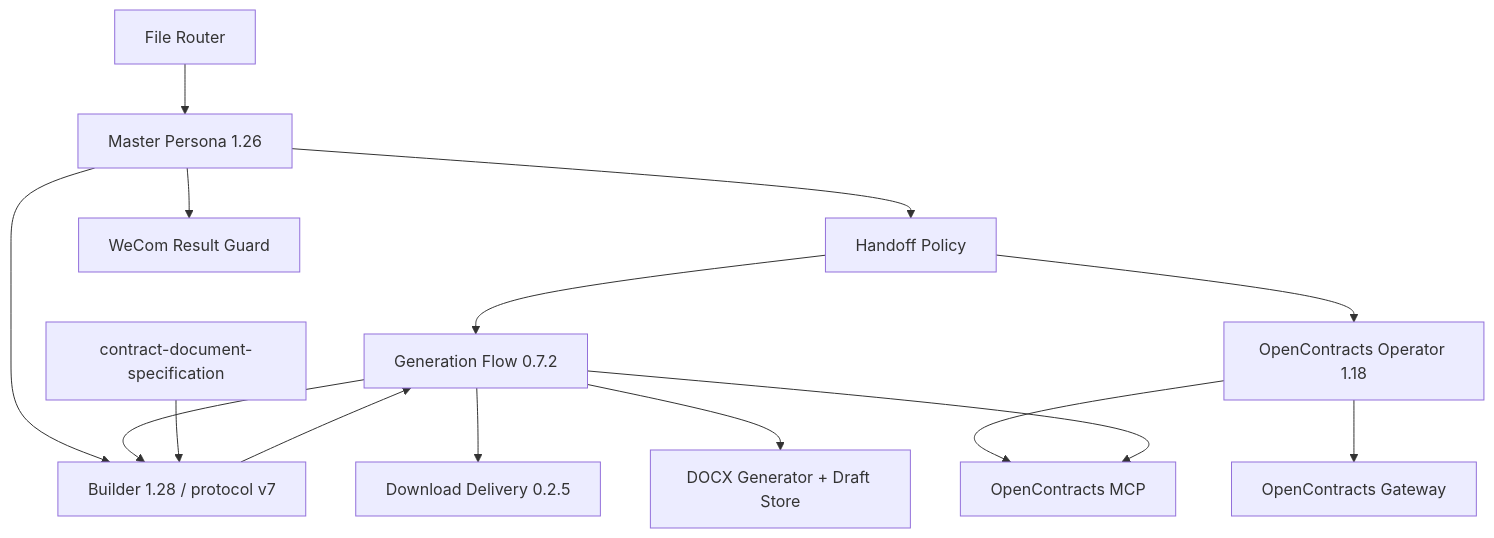
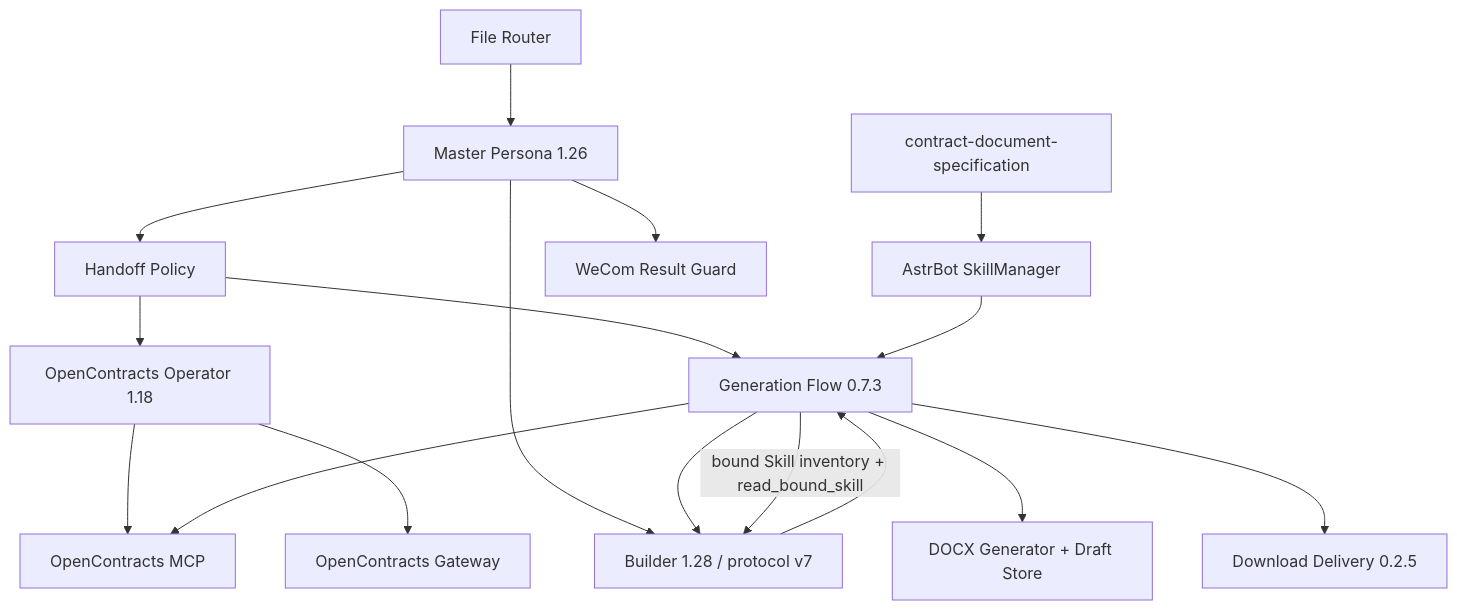
Before and after one commit to Ri0n72Y/ContractBotConfig: the second of 2 diagrams in docs/architecture/system-context.md, drawn with Mermaid. The commit also changed other lines of this file, not shown here.

Commit message:
Sync system context with Builder Skill runtime

````diff
--- a/docs/architecture/system-context.md
+++ b/docs/architecture/system-context.md
@@ -26,28 +26,31 @@
 ```mermaid
 flowchart TB
     Router[File Router]
     Master[Master Persona 1.26]
     Handoff[Handoff Policy]
     Operator[OpenContracts Operator 1.18]
     Gateway[OpenContracts Gateway]
     MCP[OpenContracts MCP]
     Builder[Builder 1.28 / protocol v7]
+    SkillMgr[AstrBot SkillManager]
     DocSpec[contract-document-specification]
-    Flow[Generation Flow 0.7.2]
+    Flow[Generation Flow 0.7.3]
     Generator[DOCX Generator + Draft Store]
     Delivery[Download Delivery 0.2.5]
     Guard[WeCom Result Guard]
 
     Router --> Master
     Master --> Handoff --> Operator
     Operator --> MCP
     Operator --> Gateway
     Master --> Builder
     Handoff --> Flow --> Builder
-    DocSpec --> Builder
+    SkillMgr --> Flow
+    DocSpec --> SkillMgr
+    Flow -->|bound Skill inventory + read_bound_skill| Builder
     Builder --> Flow
     Flow --> MCP
     Flow --> Generator
     Flow --> Delivery
     Master --> Guard
 ```
````
